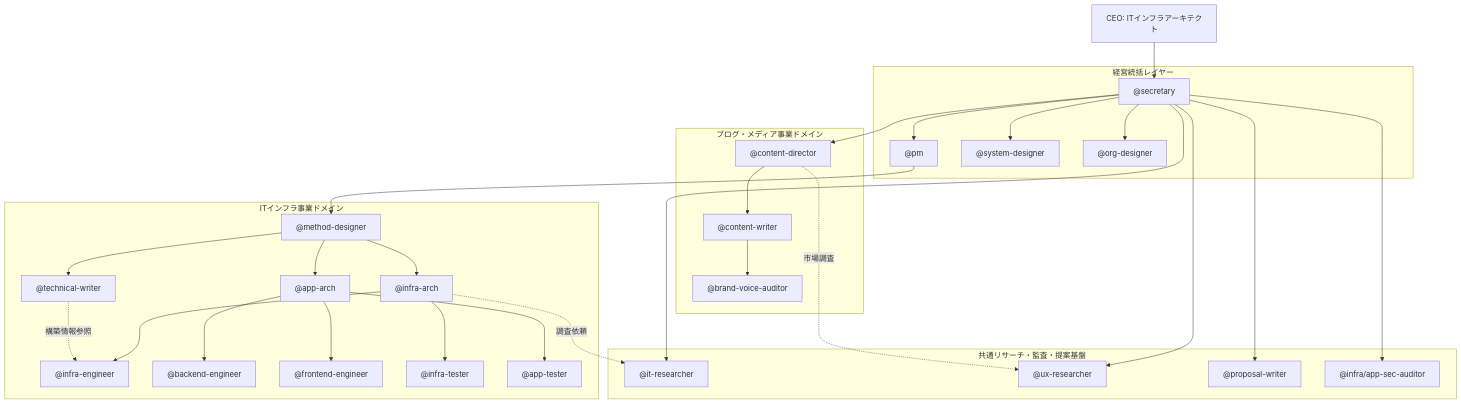
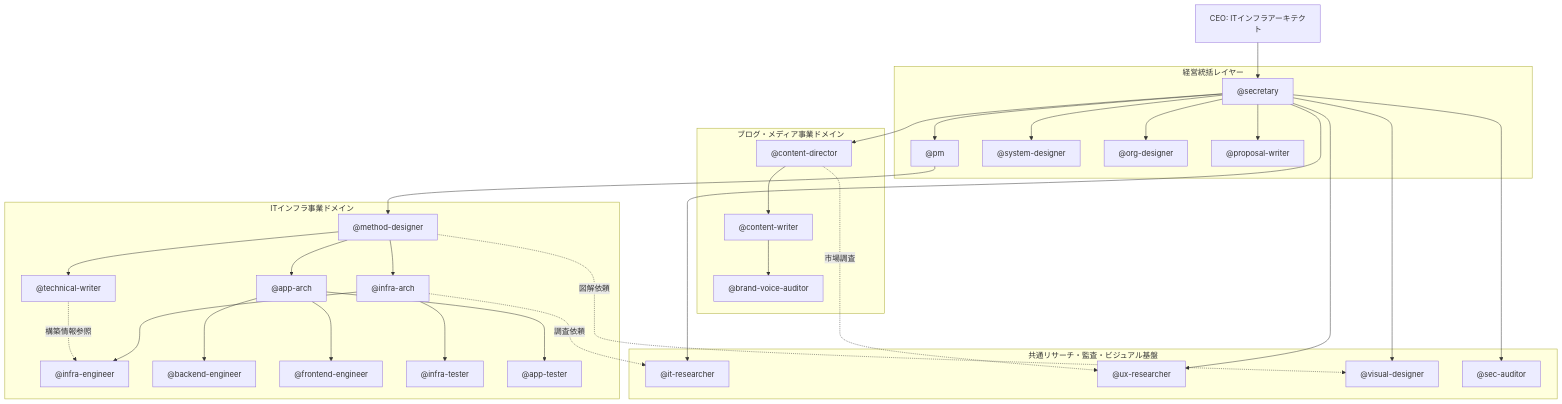
Before and after one commit to kazu1049jp/ai-agent: the first of 2 diagrams in README.md, drawn with Mermaid. The commit also changed other lines of this file and 21 other files, not shown here.

````diff
--- a/README.md
+++ b/README.md
@@ -10,44 +11,46 @@
 ```mermaid
 graph TD
     CEO["CEO: ITインフラアーキテクト"] --> SEC["@secretary"]
 
     %% 経営・管理
     subgraph "経営統括レイヤー"
         SEC --> PM["@pm"]
         SEC --> SYS_D["@system-designer"]
         SEC --> ORG_D["@org-designer"]
+        SEC --> PROP_W["@proposal-writer"]
     end
 
     %% ITインフラ事業
     subgraph "ITインフラ事業ドメイン"
         PM --> MET_D["@method-designer"]
         MET_D --> I_ARC["@infra-arch"]
         MET_D --> A_ARC["@app-arch"]
         I_ARC --> I_ENG["@infra-engineer"]
         A_ARC --> BE_ENG["@backend-engineer"]
         A_ARC --> FE_ENG["@frontend-engineer"]
         I_ARC --> I_TST["@infra-tester"]
         A_ARC --> A_TST["@app-tester"]
         MET_D --> T_WRITER["@technical-writer"]
     end
 
     %% ブログ事業
     subgraph "ブログ・メディア事業ドメイン"
         SEC --> CD["@content-director"]
         CD --> C_WRITER["@content-writer"]
         C_WRITER --> BV_AUD["@brand-voice-auditor"]
     end
 
     %% 共通専門リソース
-    subgraph "共通リサーチ・監査・提案基盤"
+    subgraph "共通リサーチ・監査・ビジュアル基盤"
         SEC --> RES_IT["@it-researcher"]
         SEC --> RES_UX["@ux-researcher"]
-        SEC --> PROP_W["@proposal-writer"]
-        SEC --> SEC_AUD["@infra/app-sec-auditor"]
+        SEC --> VIS_D["@visual-designer"]
+        SEC --> SEC_AUD["@sec-auditor"]
     end
 
     %% 相互連携
     I_ARC -. 調査依頼 .-> RES_IT
     CD -. 市場調査 .-> RES_UX
     T_WRITER -. 構築情報参照 .-> I_ENG
+    MET_D -. 図解依頼 .-> VIS_D
 ```
````
